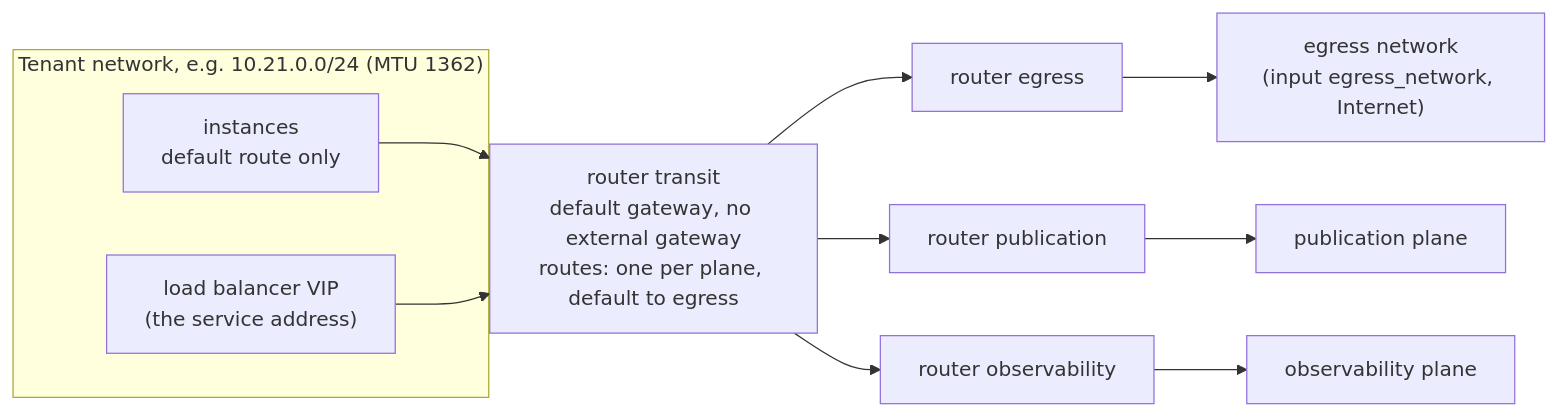
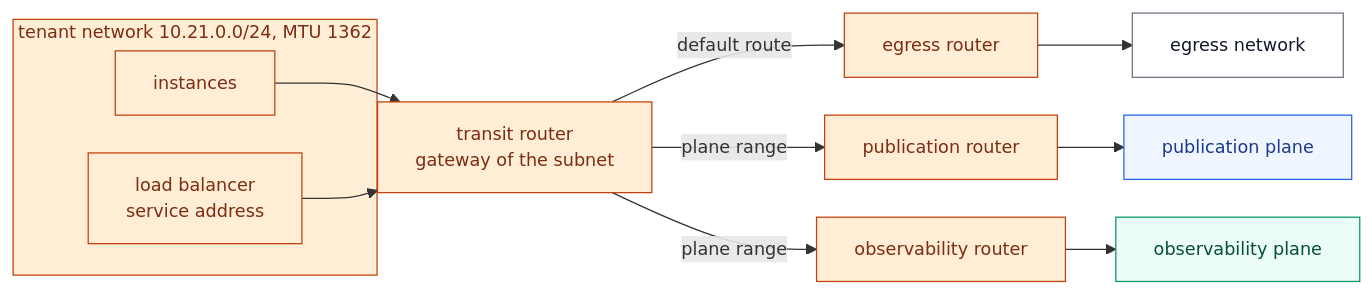
Before and after one commit to CyprisTech/openstack-multitenant-reference: the first of 6 diagrams in docs/concepts/architecture.md, drawn with Mermaid. The commit also changed other lines of this file and 17 other files, not shown here.

First line of the commit message:
Diagrams: tenants by exposure, one palette by role, compact diagrams

````diff
--- a/docs/concepts/architecture.md
+++ b/docs/concepts/architecture.md
@@ -52,16 +54,29 @@
 ```mermaid
+---
+config:
+  themeVariables:
+    fontSize: 14px
+  flowchart:
+    nodeSpacing: 30
+    rankSpacing: 40
+---
 flowchart LR
-    subgraph T["Tenant network, e.g. 10.21.0.0/24 (MTU 1362)"]
-        VM["instances<br/>default route only"]
-        LB["load balancer VIP<br/>(the service address)"]
+    subgraph T["tenant network 10.21.0.0/24, MTU 1362"]
+        VM["instances"]
+        LB["load balancer<br/>service address"]
     end
-    RT["router transit<br/>default gateway, no external gateway<br/>routes: one per plane, default to egress"]
-    RE["router egress"]
-    RS["router publication"]
-    RM["router observability"]
-    VM --> RT
-    LB --> RT
-    RT --> RE --> PUB["egress network<br/>(input egress_network, Internet)"]
-    RT --> RS --> SVC["publication plane"]
-    RT --> RM --> MON["observability plane"]
+    VM & LB --> RT["transit router<br/>gateway of the subnet"]
+    RT -->|"default route"| RE["egress router"] --> PUB["egress network"]
+    RT -->|"plane range"| RS["publication router"] --> SVC["publication plane"]
+    RT -->|"plane range"| RM["observability router"] --> MON["observability plane"]
+
+    classDef tenant fill:#ffedd5,stroke:#c2410c,color:#7c2d12
+    classDef pub fill:#eff6ff,stroke:#2563eb,color:#1e3a8a
+    classDef obs fill:#ecfdf5,stroke:#059669,color:#064e3b
+    classDef outside fill:#ffffff,stroke:#6b7280,color:#111827
+    class VM,LB,RT,RE,RS,RM tenant
+    class PUB outside
+    class SVC pub
+    class MON obs
+    class T tenant
 ```
````
